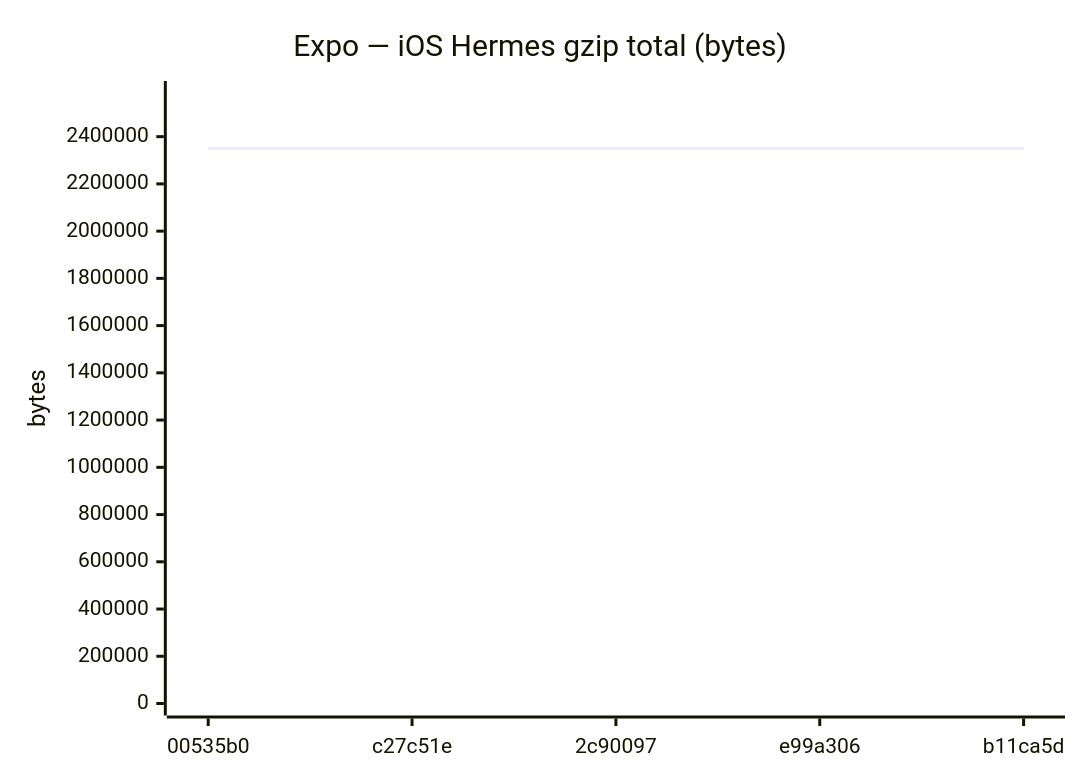
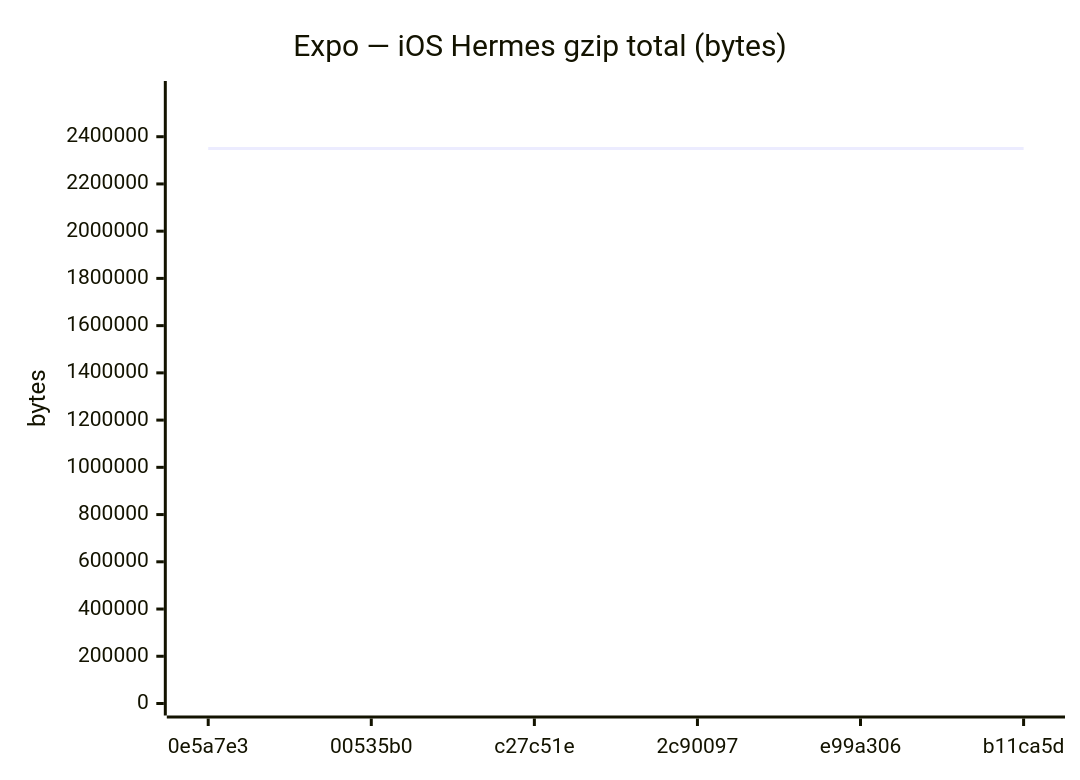
The eighth of 24 diagrams in benchmarks/compare.md (Metaheurist/Rianell), drawn with Mermaid before and after one commit. The commit also changed other lines of this file and 12 other files, not shown here.

````diff
--- a/benchmarks/compare.md
+++ b/benchmarks/compare.md
@@ -103,7 +107,7 @@
 ```mermaid
 xychart-beta
     title "Expo — iOS Hermes gzip total (bytes)"
-    x-axis ["00535b0", "c27c51e", "2c90097", "e99a306", "b11ca5d"]
-    y-axis "bytes" 0 --> 2584856
-    line [2349868, 2349864, 2349868, 2349869, 2349865]
+    x-axis ["0e5a7e3", "00535b0", "c27c51e", "2c90097", "e99a306", "b11ca5d"]
+    y-axis "bytes" 0 --> 2585046
+    line [2350041, 2349868, 2349864, 2349868, 2349869, 2349865]
 ```
````
